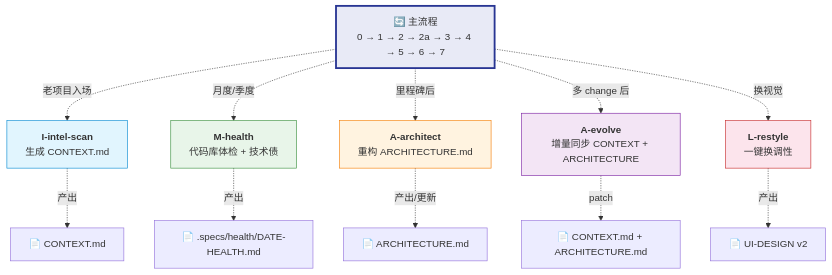
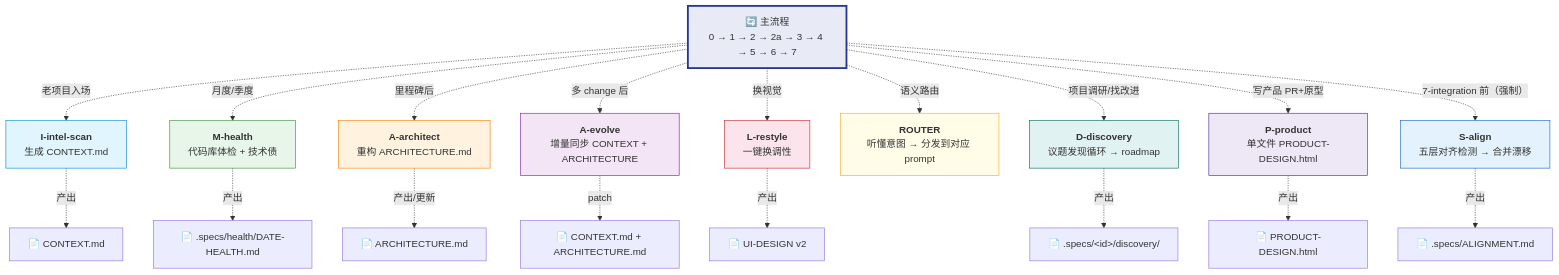
One commit to malizhi2202-dev/code-kit changed the fourth of 5 diagrams in README.md. Above: the diagram before and after it, drawn with Mermaid. The commit also changed other lines of this file and 54 other files, not shown here.

````diff
--- a/README.md
+++ b/README.md
@@ -452,23 +455,34 @@
 ```mermaid
 flowchart TD
     MAIN["🔄 主流程<br/>0 → 1 → 2 → 2a → 3 → 4 → 5 → 6 → 7"] 
 
     MAIN -.->|"老项目入场"| L1["<b>I-intel-scan</b><br/>生成 CONTEXT.md"]
     MAIN -.->|"月度/季度"| L2["<b>M-health</b><br/>代码库体检 + 技术债"]
     MAIN -.->|"里程碑后"| L3["<b>A-architect</b><br/>重构 ARCHITECTURE.md"]
     MAIN -.->|"多 change 后"| L4["<b>A-evolve</b><br/>增量同步 CONTEXT + ARCHITECTURE"]
     MAIN -.->|"换视觉"| L5["<b>L-restyle</b><br/>一键换调性"]
+    MAIN -.->|"语义路由"| R0["<b>ROUTER</b><br/>听懂意图 → 分发到对应 prompt"]
+    MAIN -.->|"项目调研/找改进"| D1["<b>D-discovery</b><br/>议题发现循环 → roadmap"]
+    MAIN -.->|"写产品 PR+原型"| P1["<b>P-product</b><br/>单文件 PRODUCT-DESIGN.html"]
+    MAIN -.->|"7-integration 前（强制）"| S1["<b>S-align</b><br/>五层对齐检测 → 合并漂移"]
 
     L1 -.->|"产出"| CTX["📄 CONTEXT.md"]
     L2 -.->|"产出"| HEALTH["📄 .specs/health/DATE-HEALTH.md"]
     L3 -.->|"产出/更新"| ARCH["📄 ARCHITECTURE.md"]
     L4 -.->|"patch"| CTX2["📄 CONTEXT.md + ARCHITECTURE.md"]
     L5 -.->|"产出"| UI["📄 UI-DESIGN v2"]
+    D1 -.->|"产出"| DISC["📄 .specs/&lt;id&gt;/discovery/"]
+    P1 -.->|"产出"| PRD["📄 PRODUCT-DESIGN.html"]
+    S1 -.->|"产出"| ALIGN["📄 .specs/ALIGNMENT.md"]
 
     style MAIN fill:#e8eaf6,stroke:#283593,stroke-width:3px
     style L1 fill:#e1f5fe,stroke:#0288d1
     style L2 fill:#e8f5e9,stroke:#388e3c
     style L3 fill:#fff3e0,stroke:#f57c00
     style L4 fill:#f3e5f5,stroke:#7b1fa2
     style L5 fill:#fce4ec,stroke:#c62828
+    style R0 fill:#fffde7,stroke:#f9a825
+    style D1 fill:#e0f2f1,stroke:#00695c
+    style P1 fill:#ede7f6,stroke:#4527a0
+    style S1 fill:#e3f2fd,stroke:#1565c0
 ```
````
